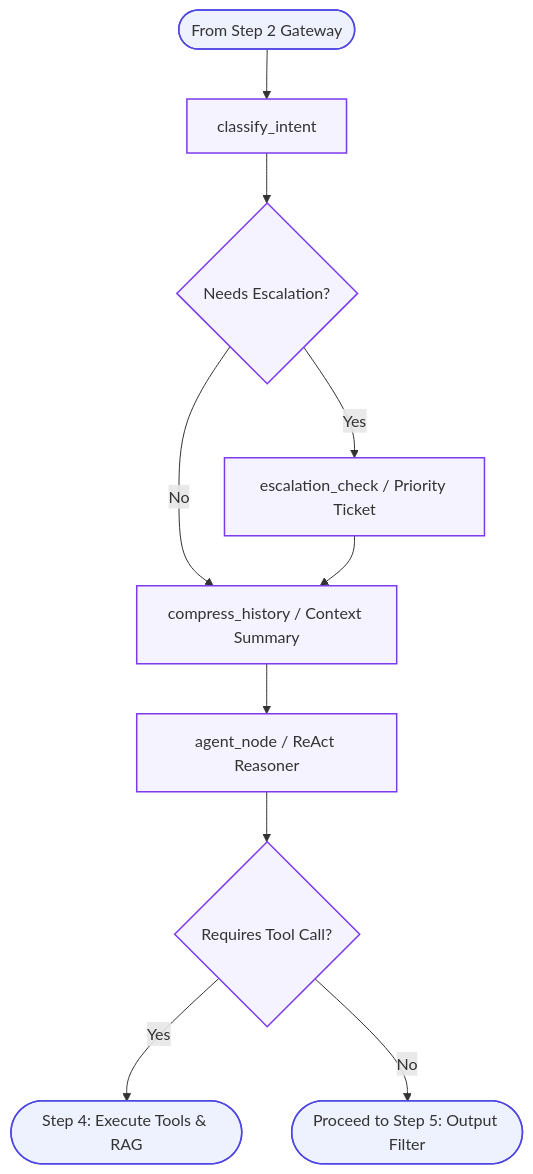
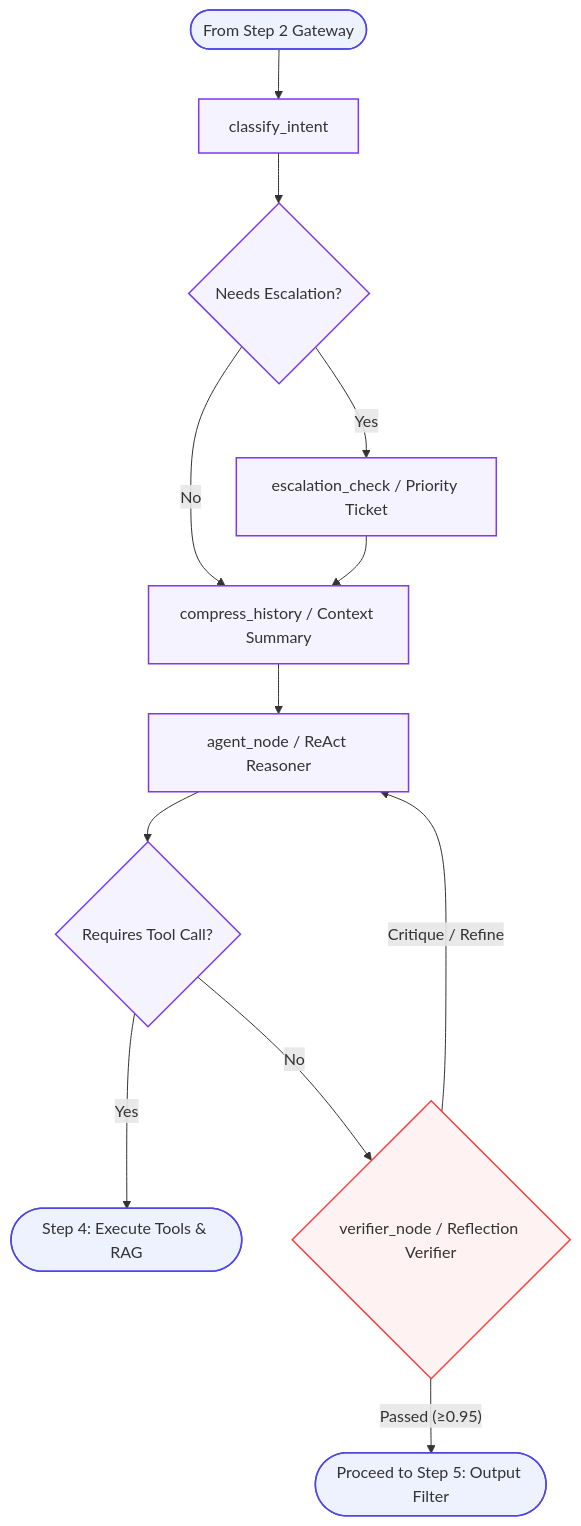
The fourth of 6 diagrams in readme.md (Goutam16-Withcode/Atlas), drawn with Mermaid before and after one commit. The commit also changed other lines of this file, not shown here.

Commit message:
docs: add verifier node and cognitive reflection loop to architecture flowchart and README

````diff
--- a/readme.md
+++ b/readme.md
@@ -103,15 +103,18 @@
 ```mermaid
 flowchart TD
     classDef agentStyle fill:#F5F3FF,stroke:#7C3AED,stroke-width:1.5px;
     classDef clientStyle fill:#EEF2FF,stroke:#4F46E5,stroke-width:1.5px;
+    classDef verifyStyle fill:#FEF2F2,stroke:#EF4444,stroke-width:1.5px;
 
     GatewayInput(["From Step 2 Gateway"]):::clientStyle --> IntentRouting["classify_intent"]:::agentStyle
     IntentRouting --> EscalationCheck{"Needs Escalation?"}:::agentStyle
     EscalationCheck -- Yes --> FlagEscalation["escalation_check / Priority Ticket"]:::agentStyle
     EscalationCheck -- No --> CompressHistory["compress_history / Context Summary"]:::agentStyle
     FlagEscalation --> CompressHistory
     CompressHistory --> AgentCore["agent_node / ReAct Reasoner"]:::agentStyle
     AgentCore --> ToolCallDecision{"Requires Tool Call?"}:::agentStyle
     ToolCallDecision -- Yes --> ToolDispatch(["Step 4: Execute Tools & RAG"]):::clientStyle
-    ToolCallDecision -- No --> VerificationStep(["Proceed to Step 5: Output Filter"]):::clientStyle
+    ToolCallDecision -- No --> VerifierNode{"verifier_node / Reflection Verifier"}:::verifyStyle
+    VerifierNode -- "Critique / Refine" --> AgentCore
+    VerifierNode -- "Passed (≥0.95)" --> VerificationStep(["Proceed to Step 5: Output Filter"]):::clientStyle
 ```
````
